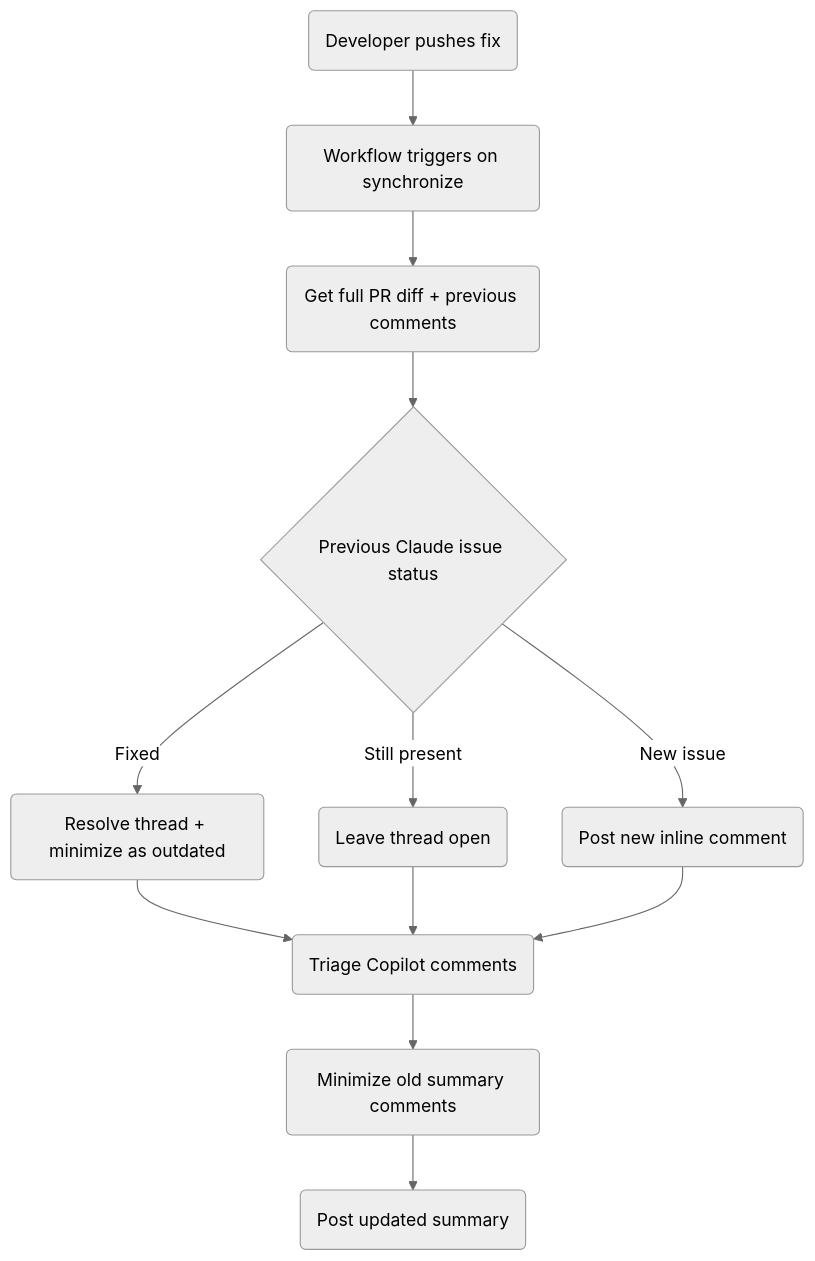
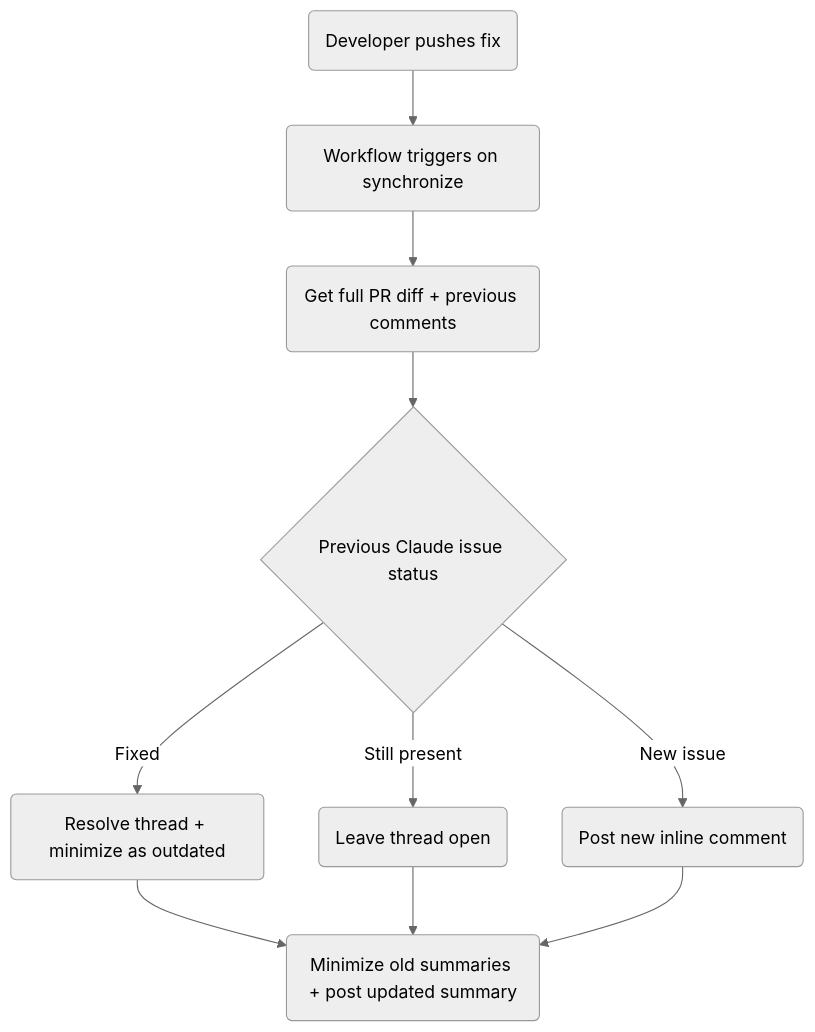
One commit to SchweizerischeBundesbahnen/github-workflows-polarion changed the second of 2 diagrams in docs/claude-code-review.md. Above: the diagram before and after it, drawn with Mermaid (neutral theme). The commit also changed other lines of this file and 7 other files, not shown here.

First line of the commit message:
feat: split Copilot triage into separate review triage workflow

````diff
--- a/docs/claude-code-review.md
+++ b/docs/claude-code-review.md
@@ -166,14 +146,12 @@
 ```mermaid
 flowchart TD
   A(Developer pushes fix) --> B(Workflow triggers on synchronize)
   B --> C(Get full PR diff + previous comments)
   C --> D{Previous Claude issue status}
   D -->|Fixed| E(Resolve thread + minimize as outdated)
   D -->|Still present| F(Leave thread open)
   D -->|New issue| G(Post new inline comment)
-  E --> CP(Triage Copilot comments)
-  F --> CP
-  G --> CP
-  CP --> H(Minimize old summary comments)
-  H --> I(Post updated summary)
+  E --> H(Minimize old summaries + post updated summary)
+  F --> H
+  G --> H
 ```
````
